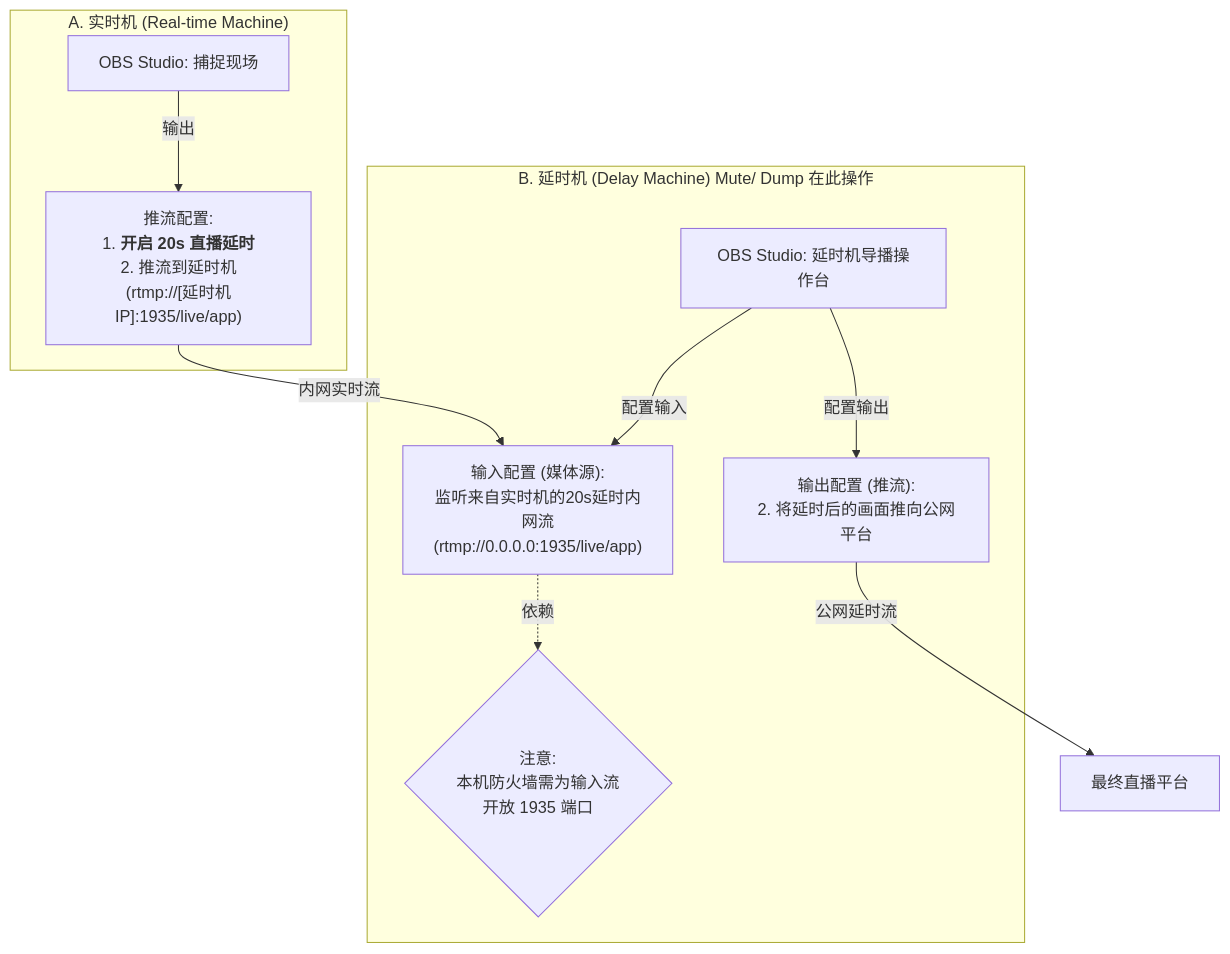
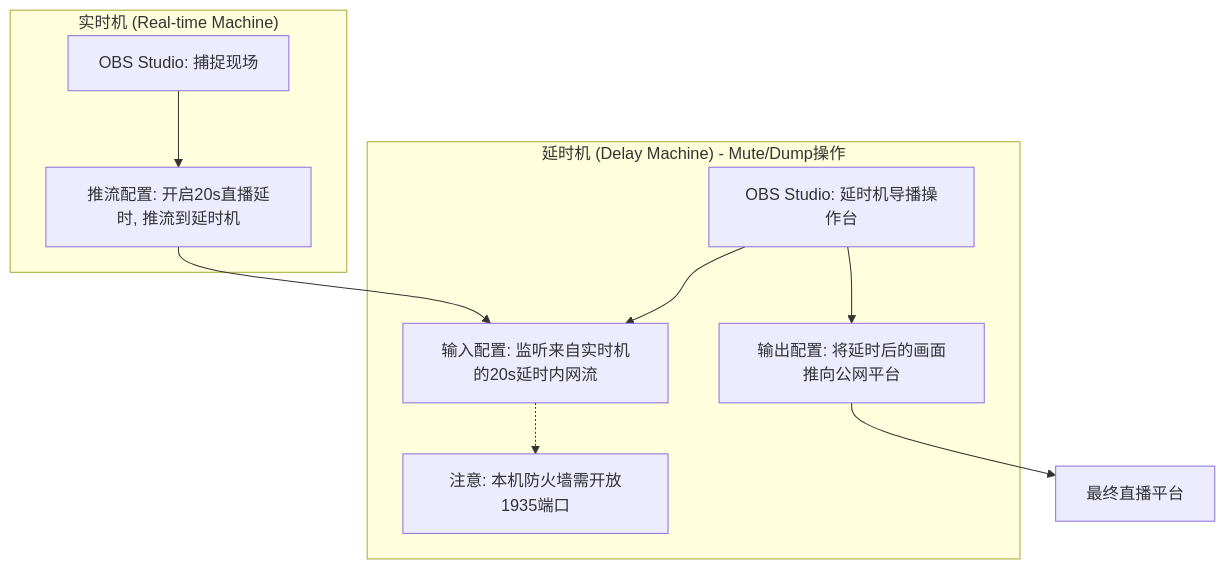
One commit to gaezon/AstroPaper-blog changed the diagram in src/data/blog/OBS-safe-broadcast-pitfalls.md. Above: the diagram before and after it, drawn with Mermaid. The commit also changed 2 other files, not shown here.

Commit message:
fix: improve mermaid rendering with TypeScript-compatible approach

````diff
--- a/src/data/blog/OBS-safe-broadcast-pitfalls.md
+++ b/src/data/blog/OBS-safe-broadcast-pitfalls.md
@@ -187,24 +187,24 @@
 ```mermaid
 graph TD
-    subgraph "A. 实时机 (Real-time Machine)"
+    subgraph A ["实时机 (Real-time Machine)"]
         A_OBS["OBS Studio: 捕捉现场"]
-        A_Config["推流配置:<br/>1. <b>开启 20s 直播延时</b><br/>2. 推流到延时机<br/>(rtmp://[延时机IP]:1935/live/app)"]
-        A_OBS -- "输出" --> A_Config
+        A_Config["推流配置: 开启20s直播延时, 推流到延时机"]
+        A_OBS --> A_Config
     end
 
-    subgraph "B. 延时机 (Delay Machine) Mute/ Dump 在此操作"
+    subgraph B ["延时机 (Delay Machine) - Mute/Dump操作"]
         B_OBS["OBS Studio: 延时机导播操作台"]
-        B_Input["输入配置 (媒体源):<br/>监听来自实时机的20s延时内网流<br/>(rtmp://0.0.0.0:1935/live/app)"]
-        B_Output["输出配置 (推流):<br/>2. 将延时后的画面推向公网平台"]
-        B_Firewall{"注意:<br/>本机防火墙需为输入流<br/>开放 1935 端口"}
+        B_Input["输入配置: 监听来自实时机的20s延时内网流"]
+        B_Output["输出配置: 将延时后的画面推向公网平台"]
+        B_Firewall["注意: 本机防火墙需开放1935端口"]
         
-        B_OBS -- "配置输入" --> B_Input
-        B_OBS -- "配置输出" --> B_Output
-        B_Input -. "依赖" .-> B_Firewall
+        B_OBS --> B_Input
+        B_OBS --> B_Output
+        B_Input -.-> B_Firewall
     end
 
     C_Platform["最终直播平台"]
 
-    A_Config -- "内网实时流" --> B_Input
-    B_Output -- "公网延时流" --> C_Platform
+    A_Config --> B_Input
+    B_Output --> C_Platform
 ```
````
